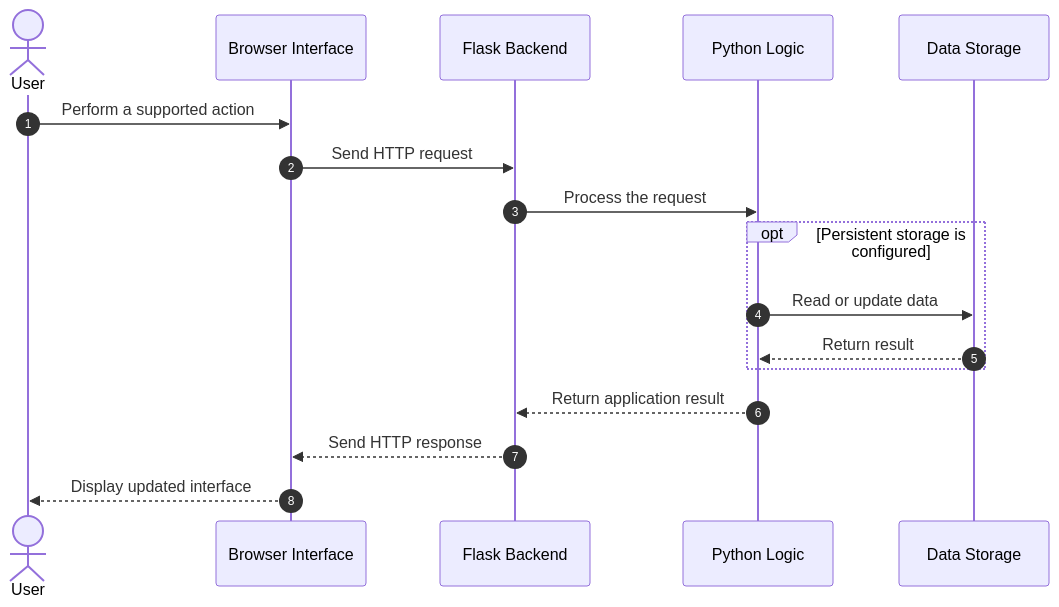
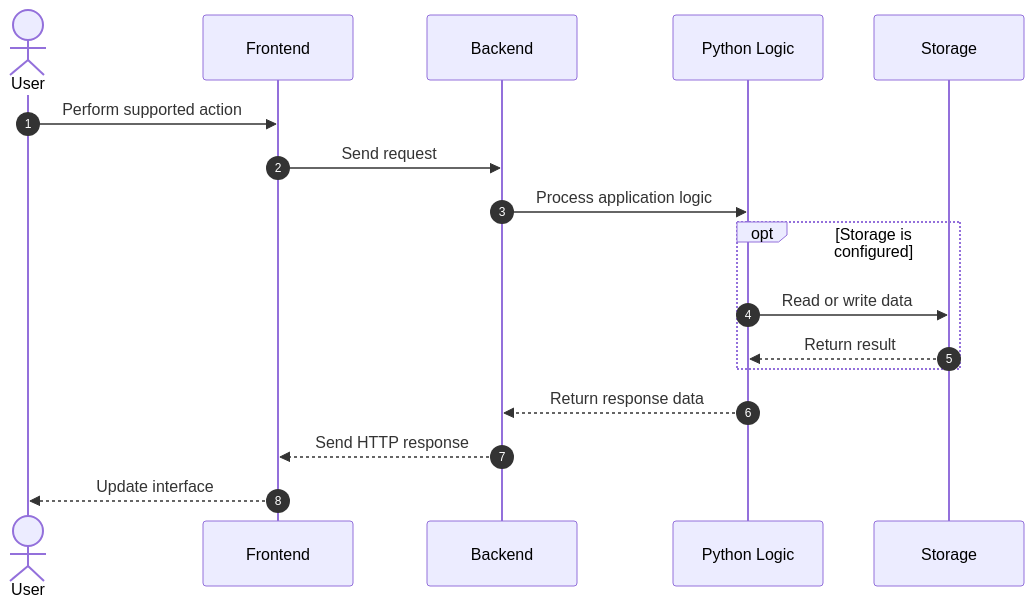
Before and after one commit to maahii-in/first-pratice-2021: the second of 3 diagrams in README.md, drawn with Mermaid. The commit also changed other lines of this file, not shown here.

````diff
--- a/README.md
+++ b/README.md
@@ -583,22 +497,20 @@
 ```mermaid
 sequenceDiagram
     autonumber
     actor User
-    participant UI as Browser Interface
-    participant Flask as Flask Backend
+    participant Browser as Frontend
+    participant Flask as Backend
     participant Logic as Python Logic
-    participant Store as Data Storage
+    participant Store as Storage
 
-    User->>UI: Perform a supported action
-    UI->>Flask: Send HTTP request
-    Flask->>Logic: Process the request
-
-    opt Persistent storage is configured
-        Logic->>Store: Read or update data
+    User->>Browser: Perform supported action
+    Browser->>Flask: Send request
+    Flask->>Logic: Process application logic
+    opt Storage is configured
+        Logic->>Store: Read or write data
         Store-->>Logic: Return result
     end
-
-    Logic-->>Flask: Return application result
-    Flask-->>UI: Send HTTP response
-    UI-->>User: Display updated interface
+    Logic-->>Flask: Return response data
+    Flask-->>Browser: Send HTTP response
+    Browser-->>User: Update interface
 ```
````
